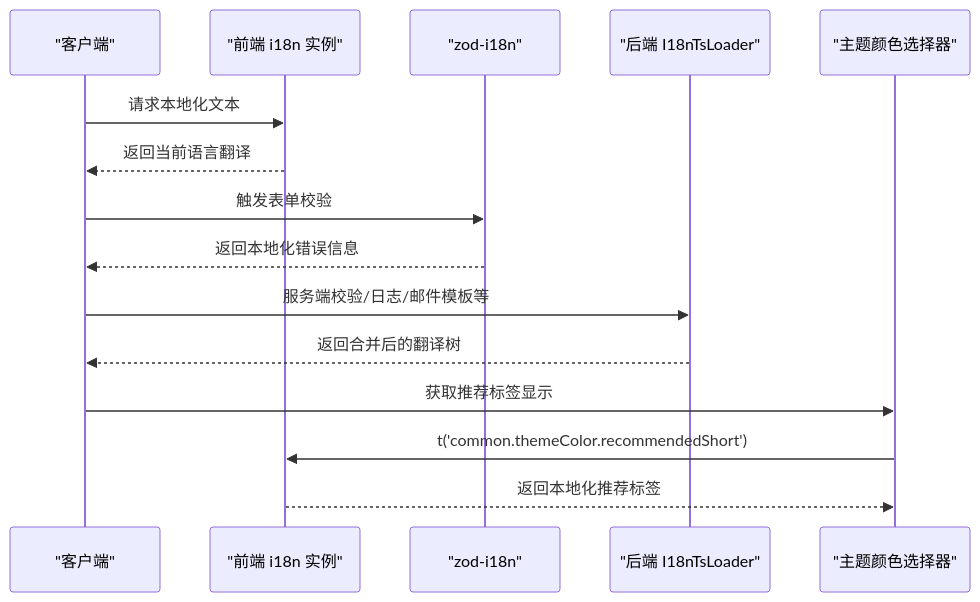
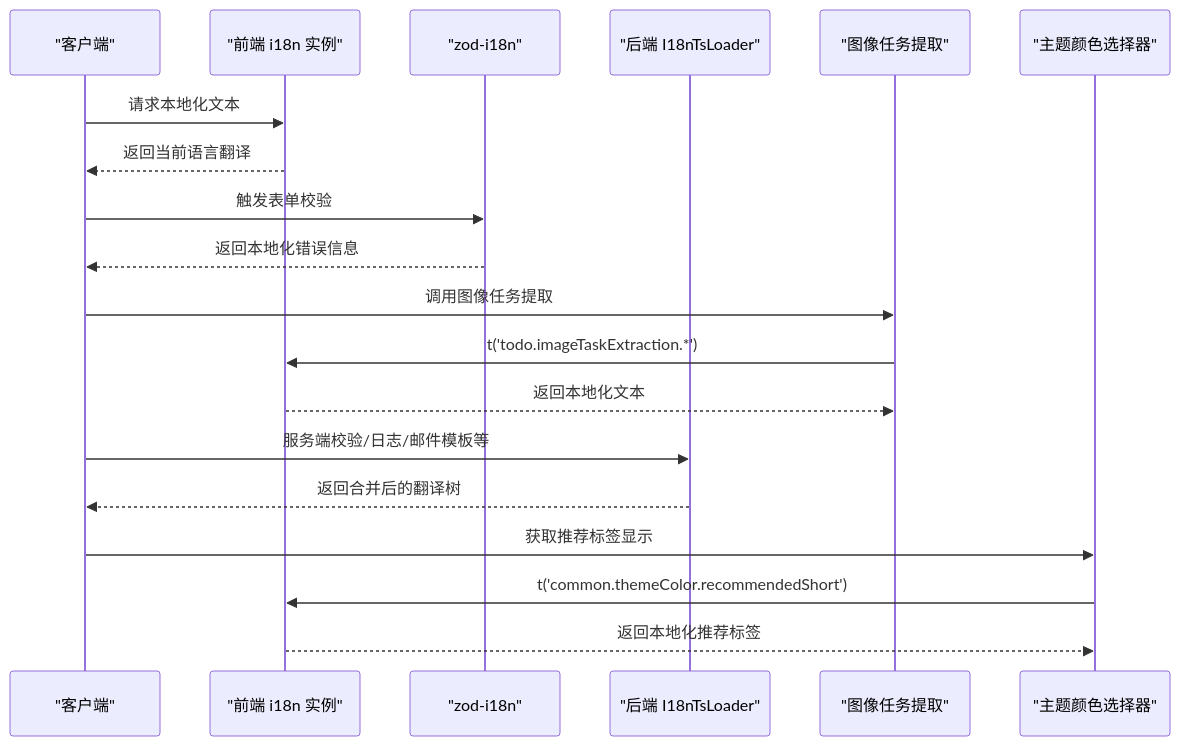
The second of 7 diagrams in .qoder/repowiki/zh/content/前端开发/国际化/国际化.md (xixixiaoyu/Todo), drawn with Mermaid before and after one commit. The commit also changed other lines of this file and 8 other files, not shown here.

````diff
--- a/.qoder/repowiki/zh/content/前端开发/国际化/国际化.md
+++ b/.qoder/repowiki/zh/content/前端开发/国际化/国际化.md
@@ -125,17 +137,21 @@
 ```mermaid
 sequenceDiagram
 participant Client as "客户端"
 participant FE_i18n as "前端 i18n 实例"
 participant FE_Zod as "zod-i18n"
 participant BE_Loader as "后端 I18nTsLoader"
+participant ImageTask as "图像任务提取"
 participant ThemePicker as "主题颜色选择器"
 Client->>FE_i18n : 请求本地化文本
 FE_i18n-->>Client : 返回当前语言翻译
 Client->>FE_Zod : 触发表单校验
 FE_Zod-->>Client : 返回本地化错误信息
+Client->>ImageTask : 调用图像任务提取
+ImageTask->>FE_i18n : t('todo.imageTaskExtraction.*')
+FE_i18n-->>ImageTask : 返回本地化文本
 Client->>BE_Loader : 服务端校验/日志/邮件模板等
 BE_Loader-->>Client : 返回合并后的翻译树
 Client->>ThemePicker : 获取推荐标签显示
 ThemePicker->>FE_i18n : t('common.themeColor.recommendedShort')
 FE_i18n-->>ThemePicker : 返回本地化推荐标签
 ```
````
